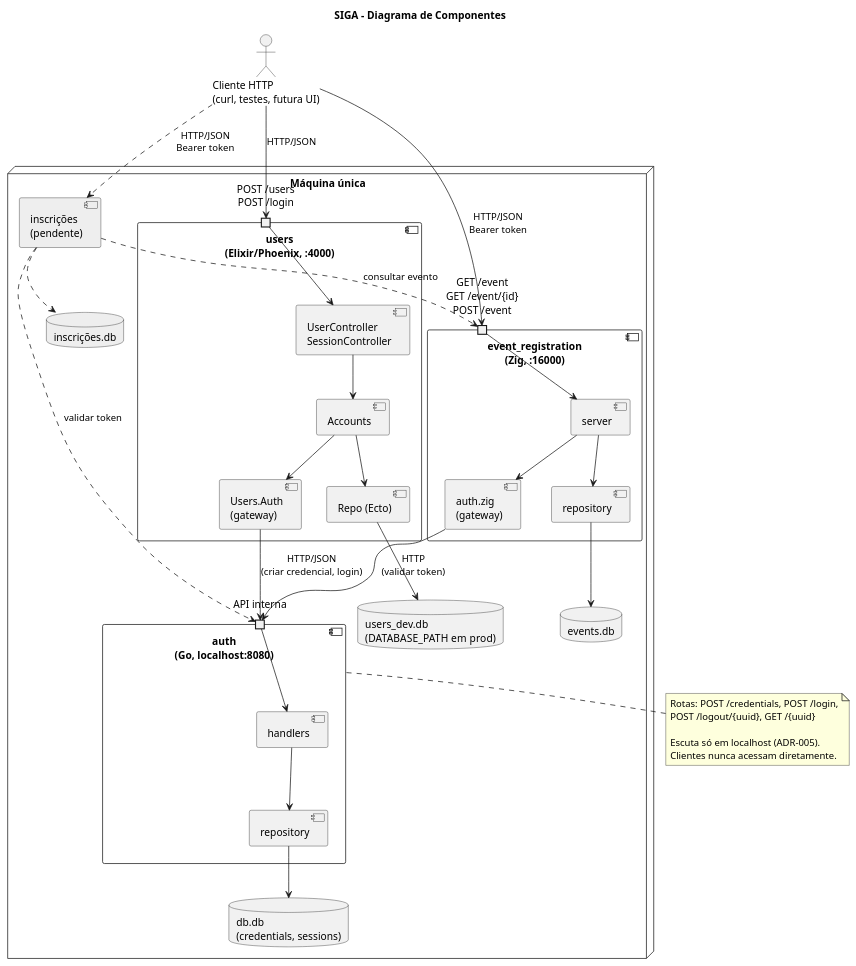
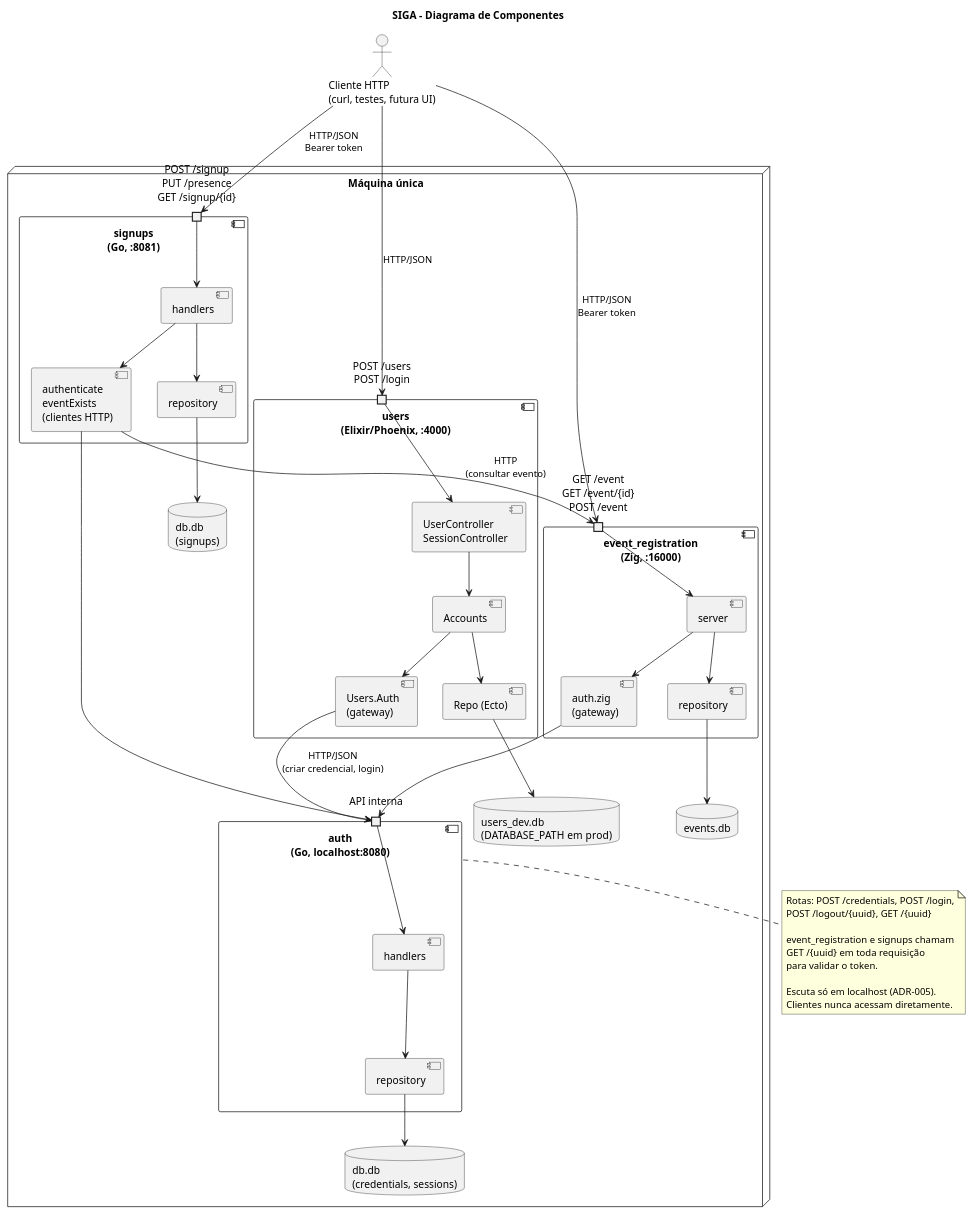
Before and after one commit to gboncoffee/siga: the diagram in docs/diagramas/componentes.puml, drawn with PlantUML. The commit also changed 17 other files, not shown here.

```diff
--- a/docs/diagramas/componentes.puml
+++ b/docs/diagramas/componentes.puml
@@ -1,70 +1,82 @@
 @startuml componentes
 title SIGA - Diagrama de Componentes
 
 skinparam componentStyle uml2
 
 actor "Cliente HTTP\n(curl, testes, futura UI)" as Cliente
 
 node "Máquina única" {
 
   component "users\n(Elixir/Phoenix, :4000)" as Users {
     portin "POST /users\nPOST /login" as UsersApi
     [UserController\nSessionController] as UCtrl
     [Accounts] as UAcc
     [Users.Auth\n(gateway)] as UGw
     [Repo (Ecto)] as URepo
     UsersApi --> UCtrl
     UCtrl --> UAcc
     UAcc --> URepo
     UAcc --> UGw
   }
 
   component "event_registration\n(Zig, :16000)" as Events {
     portin "GET /event\nGET /event/{id}\nPOST /event" as EventsApi
     [server] as EServer
     [auth.zig\n(gateway)] as EGw
     [repository] as ERepo
     EventsApi --> EServer
     EServer --> EGw
     EServer --> ERepo
   }
 
   component "auth\n(Go, localhost:8080)" as Auth {
     portin "API interna" as AuthApi
     [handlers] as AHandlers
     [repository] as ARepo
     AuthApi --> AHandlers
     AHandlers --> ARepo
   }
 
-  component "inscrições\n(pendente)" as Reg #EEEEEE
+  component "signups\n(Go, :8081)" as Reg {
+    portin "POST /signup\nPUT /presence\nGET /signup/{id}" as RegApi
+    [handlers] as RHandlers
+    [authenticate\neventExists\n(clientes HTTP)] as RGw
+    [repository] as RRepo
+    RegApi --> RHandlers
+    RHandlers --> RGw
+    RHandlers --> RRepo
+  }
 
   database "users_dev.db\n(DATABASE_PATH em prod)" as UDb
   database "events.db" as EDb
   database "db.db\n(credentials, sessions)" as ADb
-  database "inscrições.db" as RDb #EEEEEE
+  database "db.db\n(signups)" as RDb
 
   URepo --> UDb
   ERepo --> EDb
   ARepo --> ADb
-  Reg ..> RDb
+  RRepo --> RDb
 }
 
 Cliente --> UsersApi : HTTP/JSON
 Cliente --> EventsApi : HTTP/JSON\nBearer token
-Cliente ..> Reg : HTTP/JSON\nBearer token
+Cliente --> RegApi : HTTP/JSON\nBearer token
 
 UGw --> AuthApi : HTTP/JSON\n(criar credencial, login)
-EGw --> AuthApi : HTTP\n(validar token)
-Reg ..> AuthApi : validar token
-Reg ..> EventsApi : consultar evento
+EGw --> AuthApi
+RGw --> AuthApi
+RGw --> EventsApi : HTTP\n(consultar evento)
 
 note right of Auth
   Rotas: POST /credentials, POST /login,
   POST /logout/{uuid}, GET /{uuid}
+
+  event_registration e signups chamam
+  GET /{uuid} em toda requisição
+  para validar o token.
 
   Escuta só em localhost (ADR-005).
   Clientes nunca acessam diretamente.
 end note
 
 @enduml
```
